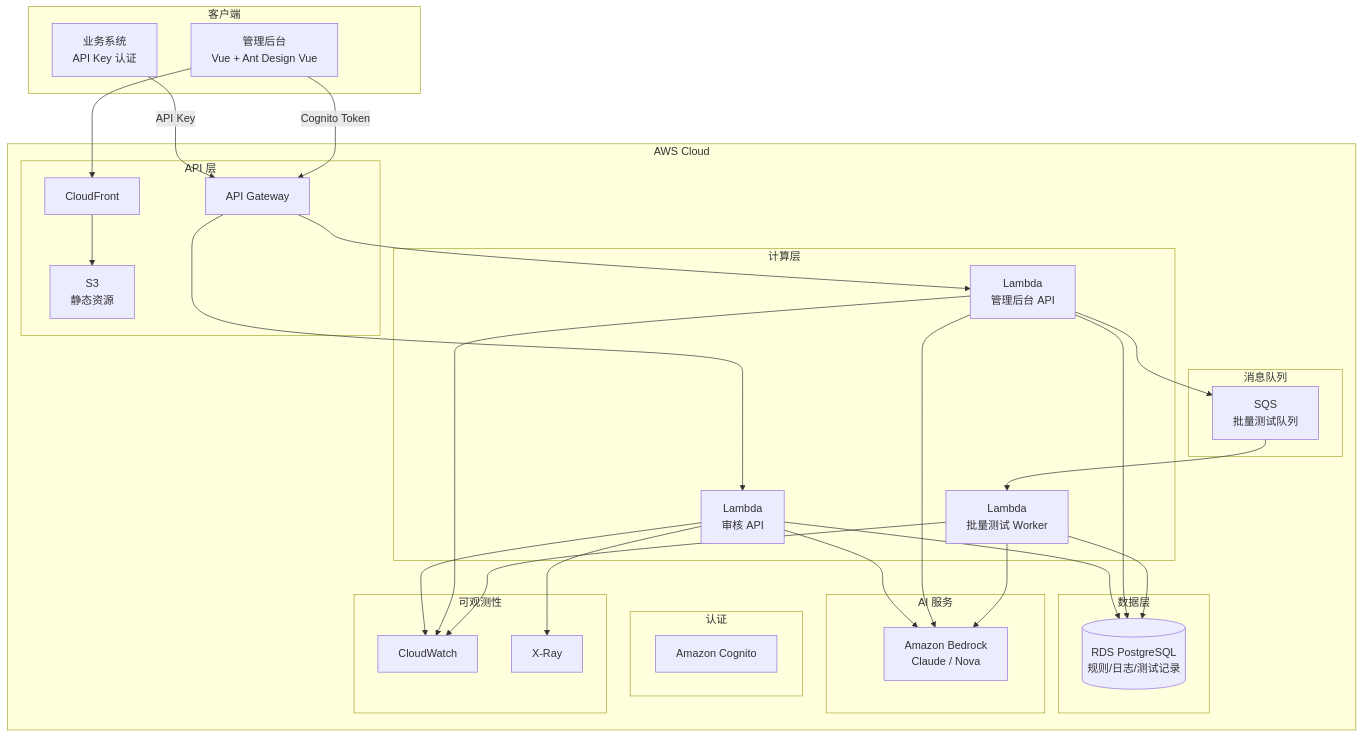
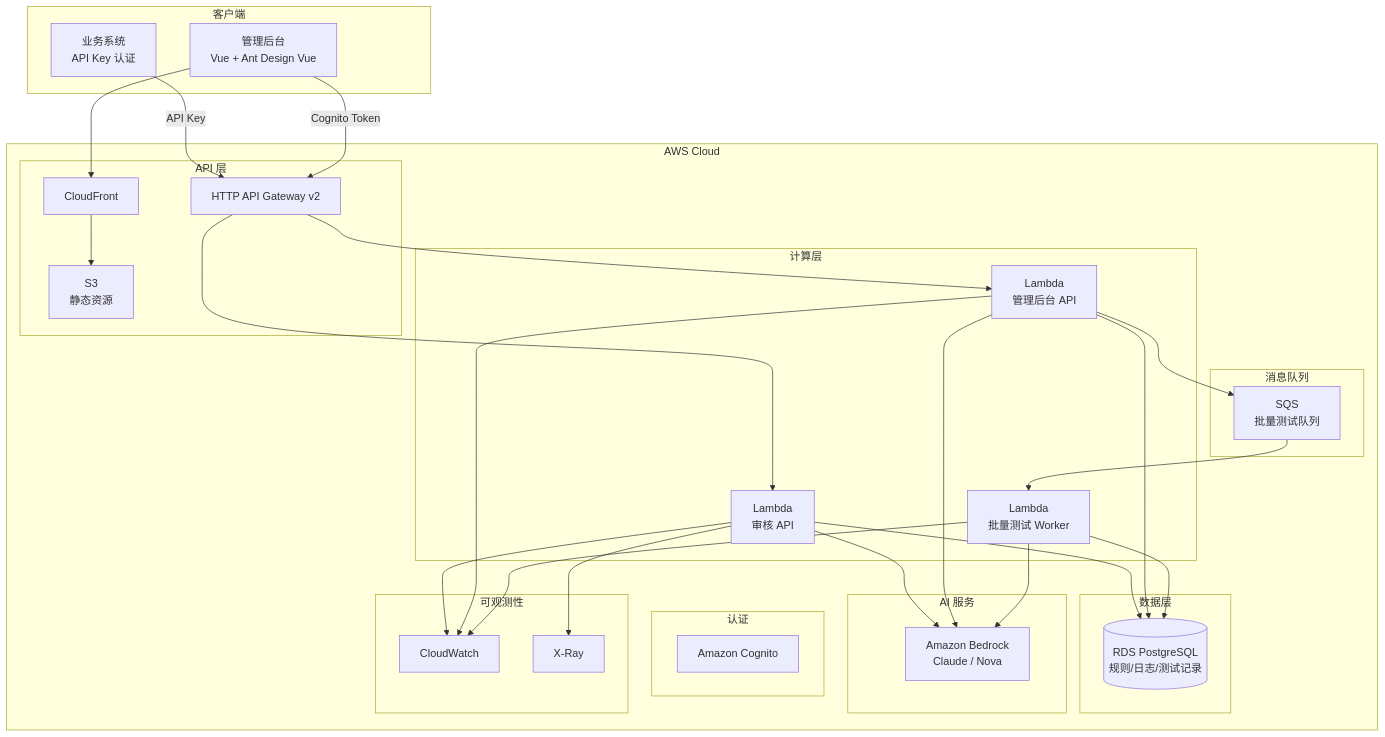
The first of 2 diagrams in .kiro/specs/content-moderation-system/design.md (tianpeijun/content-moderator), drawn with Mermaid before and after one commit. The commit also changed other lines of this file and 18 other files, not shown here.

First line of the commit message:
feat: Qwen3 + HTTP API v2 + pre-filter + SLA P50 500ms

````diff
--- a/.kiro/specs/content-moderation-system/design.md
+++ b/.kiro/specs/content-moderation-system/design.md
@@ -26,65 +28,65 @@
 ```mermaid
 graph TB
     subgraph 客户端
         BizSys[业务系统<br/>API Key 认证]
         Browser[管理后台<br/>Vue + Ant Design Vue]
     end
 
     subgraph AWS Cloud
         subgraph API 层
-            APIGW[API Gateway]
+            APIGW[HTTP API Gateway v2]
             CF[CloudFront]
             S3Static[S3<br/>静态资源]
         end
 
         subgraph 计算层
             LambdaAPI[Lambda<br/>审核 API]
             LambdaAdmin[Lambda<br/>管理后台 API]
             LambdaWorker[Lambda<br/>批量测试 Worker]
         end
 
         subgraph 数据层
             RDS[(RDS PostgreSQL<br/>规则/日志/测试记录)]
         end
 
         subgraph 消息队列
             SQS[SQS<br/>批量测试队列]
         end
 
         subgraph AI 服务
             Bedrock[Amazon Bedrock<br/>Claude / Nova]
         end
 
         subgraph 认证
             Cognito[Amazon Cognito]
         end
 
         subgraph 可观测性
             CW[CloudWatch]
             XRay[X-Ray]
         end
     end
 
     BizSys -->|API Key| APIGW
     Browser --> CF --> S3Static
     Browser -->|Cognito Token| APIGW
 
     APIGW --> LambdaAPI
     APIGW --> LambdaAdmin
 
     LambdaAPI --> RDS
     LambdaAPI --> Bedrock
 
     LambdaAdmin --> RDS
     LambdaAdmin --> SQS
     LambdaAdmin --> Bedrock
 
     SQS --> LambdaWorker
     LambdaWorker --> Bedrock
     LambdaWorker --> RDS
 
     LambdaAPI --> CW
     LambdaAPI --> XRay
     LambdaAdmin --> CW
     LambdaWorker --> CW
 ```
````
